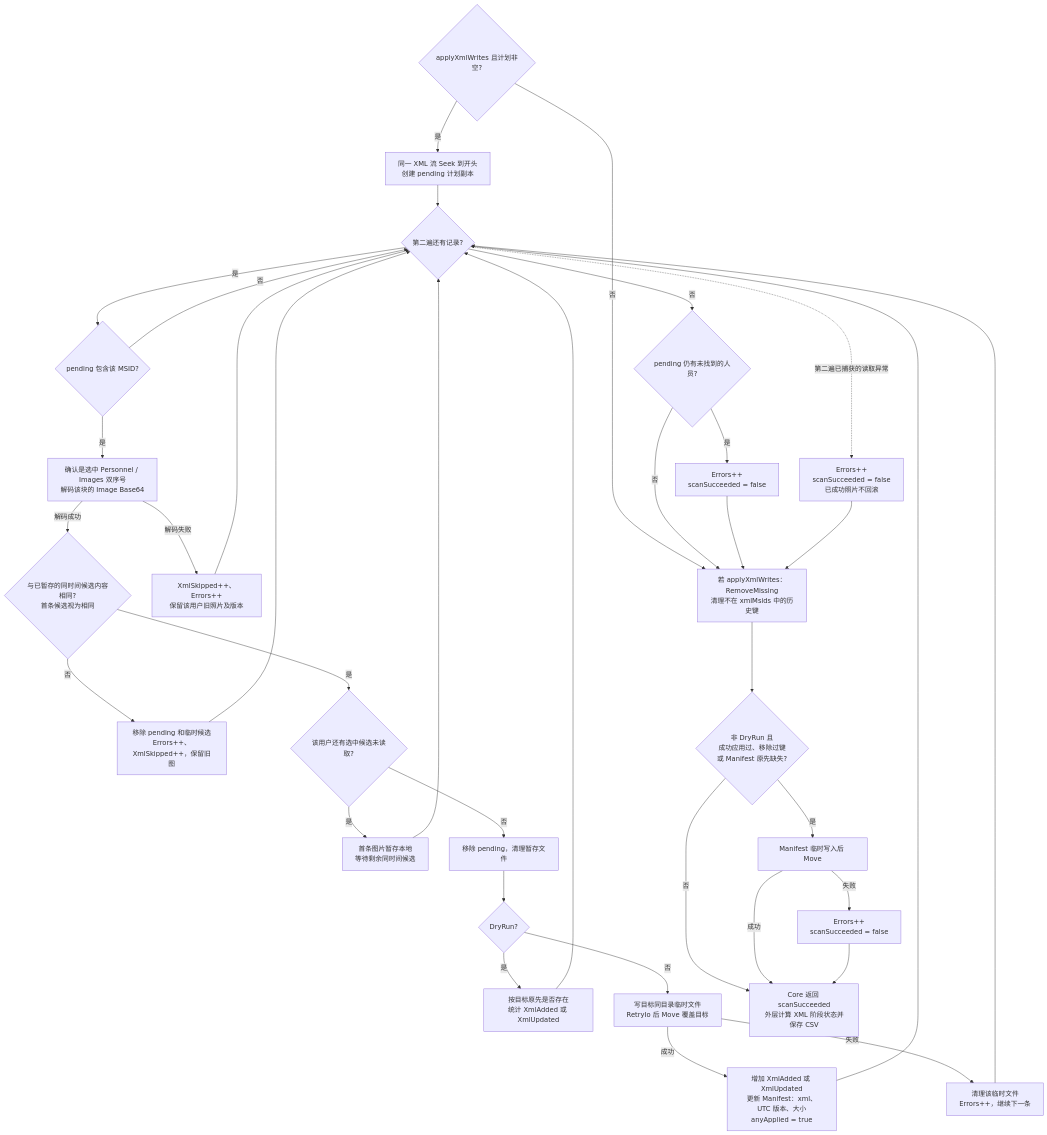
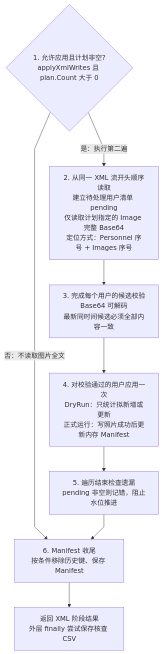
The fourth of 6 diagrams in xml_import_photo.md (autotestpoc123/test123), drawn with Mermaid before and after one commit. The commit also changed other lines of this file and 9 other files, not shown here.

````diff
--- a/xml_import_photo.md
+++ b/xml_import_photo.md
@@ -267,38 +272,12 @@
 ```mermaid
+%%{init: {"flowchart": {"nodeSpacing": 50, "rankSpacing": 60, "curve": "linear"}}}%%
 flowchart TD
-    A{"applyXmlWrites 且计划非空?"} -- 否 --> CLEAN["若 applyXmlWrites：RemoveMissing<br/>清理不在 xmlMsids 中的历史键"]
-    A -- 是 --> B["同一 XML 流 Seek 到开头<br/>创建 pending 计划副本"]
-    B --> C{"第二遍还有记录?"}
-    C -- 是 --> D{"pending 包含该 MSID?"}
-    D -- 否 --> C
-    D -- 是 --> E["确认是选中 Personnel / Images 双序号<br/>解码该块的 Image Base64"]
-    E -- "解码失败" --> ERR["XmlSkipped++、Errors++<br/>保留该用户旧照片及版本"]
-    ERR --> C
-    E -- "解码成功" --> T{"与已暂存的同时间候选内容相同?<br/>首条候选视为相同"}
-    T -- 否 --> CONFLICT["移除 pending 和临时候选<br/>Errors++、XmlSkipped++，保留旧图"]
-    CONFLICT --> C
-    T -- 是 --> LEFT{"该用户还有选中候选未读取?"}
-    LEFT -- 是 --> STAGE["首条图片暂存本地<br/>等待剩余同时间候选"]
-    STAGE --> C
-    LEFT -- 否 --> READY["移除 pending，清理暂存文件"]
-    READY --> F{"DryRun?"}
-    F -- 是 --> DRY["按目标原先是否存在<br/>统计 XmlAdded 或 XmlUpdated"]
-    DRY --> C
-    F -- 否 --> G["写目标同目录临时文件<br/>RetryIo 后 Move 覆盖目标"]
-    G -- "成功" --> H["增加 XmlAdded 或 XmlUpdated<br/>更新 Manifest：xml、UTC 版本、大小<br/>anyApplied = true"]
-    H --> C
-    G -- "失败" --> IO["清理该临时文件<br/>Errors++，继续下一条"]
-    IO --> C
-    C -- 否 --> P{"pending 仍有未找到的人员?"}
-    P -- 是 --> BAD["Errors++<br/>scanSucceeded = false"]
-    P -- 否 --> CLEAN
-    BAD --> CLEAN
-    C -. "第二遍已捕获的读取异常" .-> READERR["Errors++<br/>scanSucceeded = false<br/>已成功照片不回滚"]
-    READERR --> CLEAN
-    CLEAN --> SAVE{"非 DryRun 且<br/>成功应用过、移除过键<br/>或 Manifest 原先缺失?"}
-    SAVE -- 否 --> RETURN["Core 返回 scanSucceeded<br/>外层计算 XML 阶段状态并保存 CSV"]
-    SAVE -- 是 --> WRITE["Manifest 临时写入后 Move"]
-    WRITE -- "成功" --> RETURN
-    WRITE -- "失败" --> SAVEERR["Errors++<br/>scanSucceeded = false"]
-    SAVEERR --> RETURN
+    A{"1. 允许应用且计划非空?<br/>applyXmlWrites 且 plan.Count 大于 0"}
+    A -- "是：执行第二遍" --> B["2. 从同一 XML 流开头顺序读取<br/>建立待处理用户清单 pending<br/>仅读取计划指定的 Image 完整 Base64<br/>定位方式：Personnel 序号 + Images 序号"]
+    A -- "否：不读取图片全文" --> F["6. Manifest 收尾<br/>按条件移除历史键、保存 Manifest"]
+    B --> C["3. 完成每个用户的候选校验<br/>Base64 可解码<br/>最新同时间候选必须全部内容一致"]
+    C --> D["4. 对校验通过的用户应用一次<br/>DryRun：只统计拟新增或更新<br/>正式运行：写照片成功后更新内存 Manifest"]
+    D --> E["5. 遍历结束检查遗漏<br/>pending 非空则记错，阻止水位推进"]
+    E --> F
+    F --> G["返回 XML 阶段结果<br/>外层 finally 尝试保存核查 CSV"]
 ```
````
